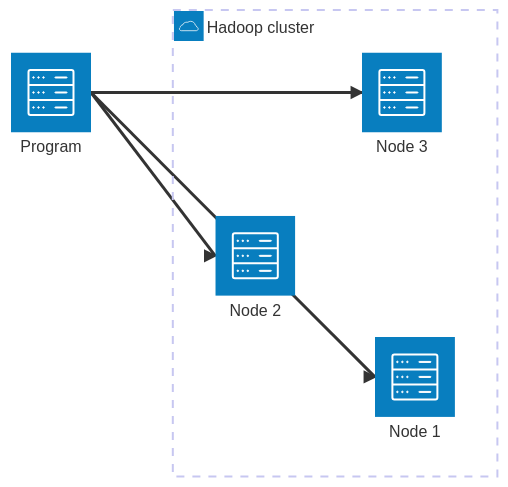
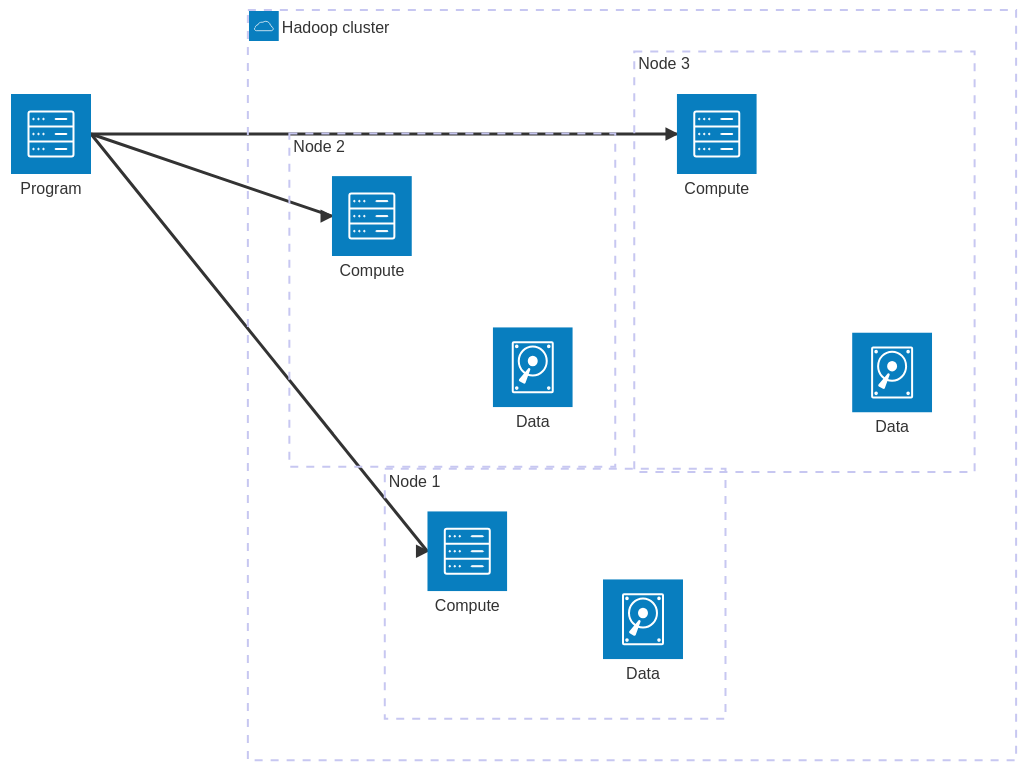
One commit to hvipatel/CS675-Financial-Fraud-Analytics changed the fourth of 5 diagrams in lecture-2/lecture-2.md. Above: the diagram before and after it, drawn with Mermaid. The commit also changed other lines of this file and 2 other files, not shown here.

````diff
--- a/lecture-2/lecture-2.md
+++ b/lecture-2/lecture-2.md
@@ -66,13 +98,20 @@
 ```mermaid
 architecture-beta
     group hadoop(cloud)[Hadoop cluster]
+    group n1[Node 1] in hadoop
+    group n2[Node 2] in hadoop
+    group n3[Node 3] in hadoop
 
     service program(server)[Program]
-    service n1(server)[Node 1] in hadoop
-    service n2(server)[Node 2] in hadoop
-    service n3(server)[Node 3] in hadoop
 
-    program:R --> L:n1
-    program:R --> L:n2
-    program:R --> L:n3
+    service d1(disk)[Data] in n1
+    service c1(server)[Compute] in n1
+    service d2(disk)[Data] in n2
+    service c2(server)[Compute] in n2
+    service d3(disk)[Data] in n3
+    service c3(server)[Compute] in n3
+
+    program:R --> L:c1
+    program:R --> L:c2
+    program:R --> L:c3
 ```
````
